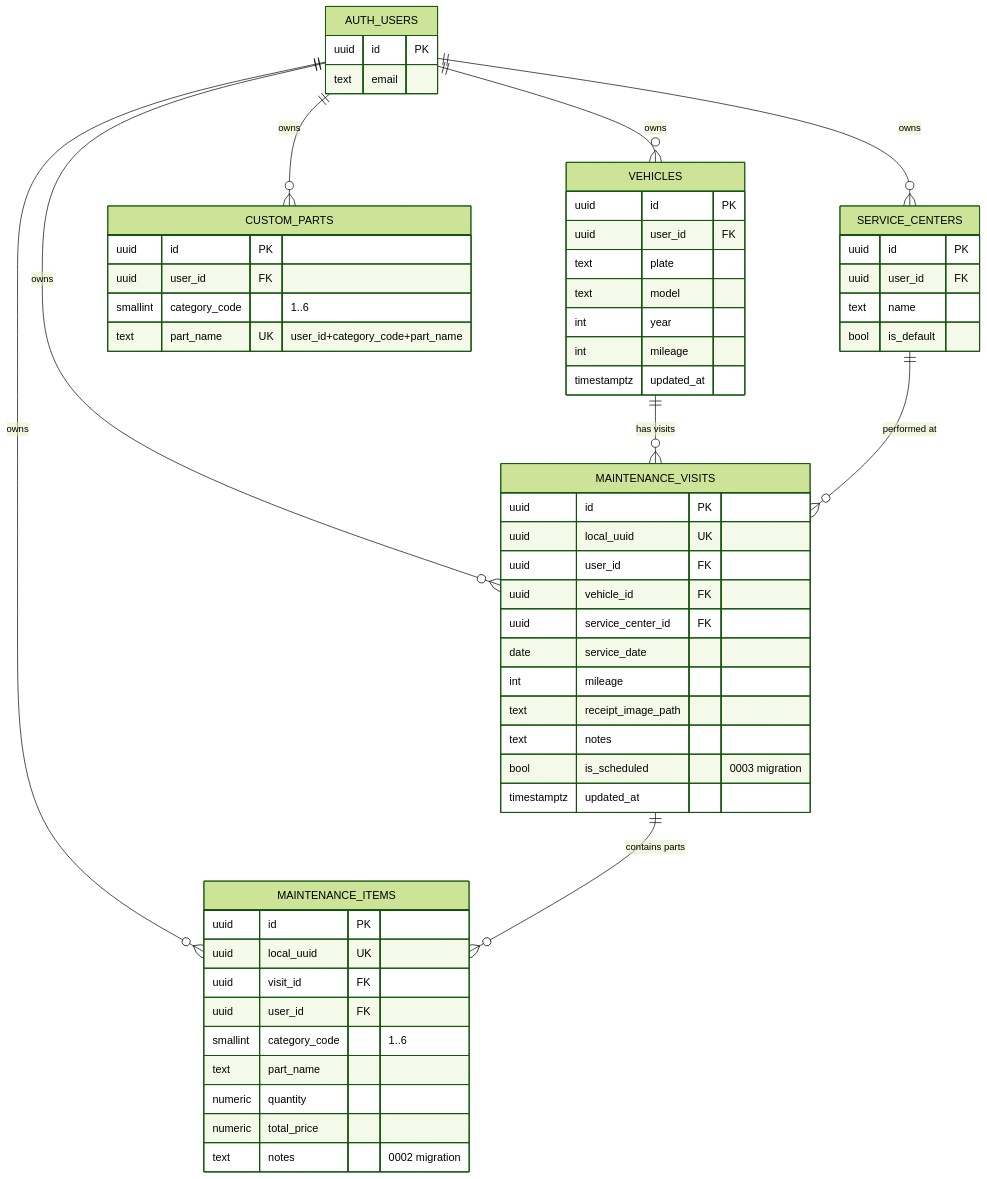
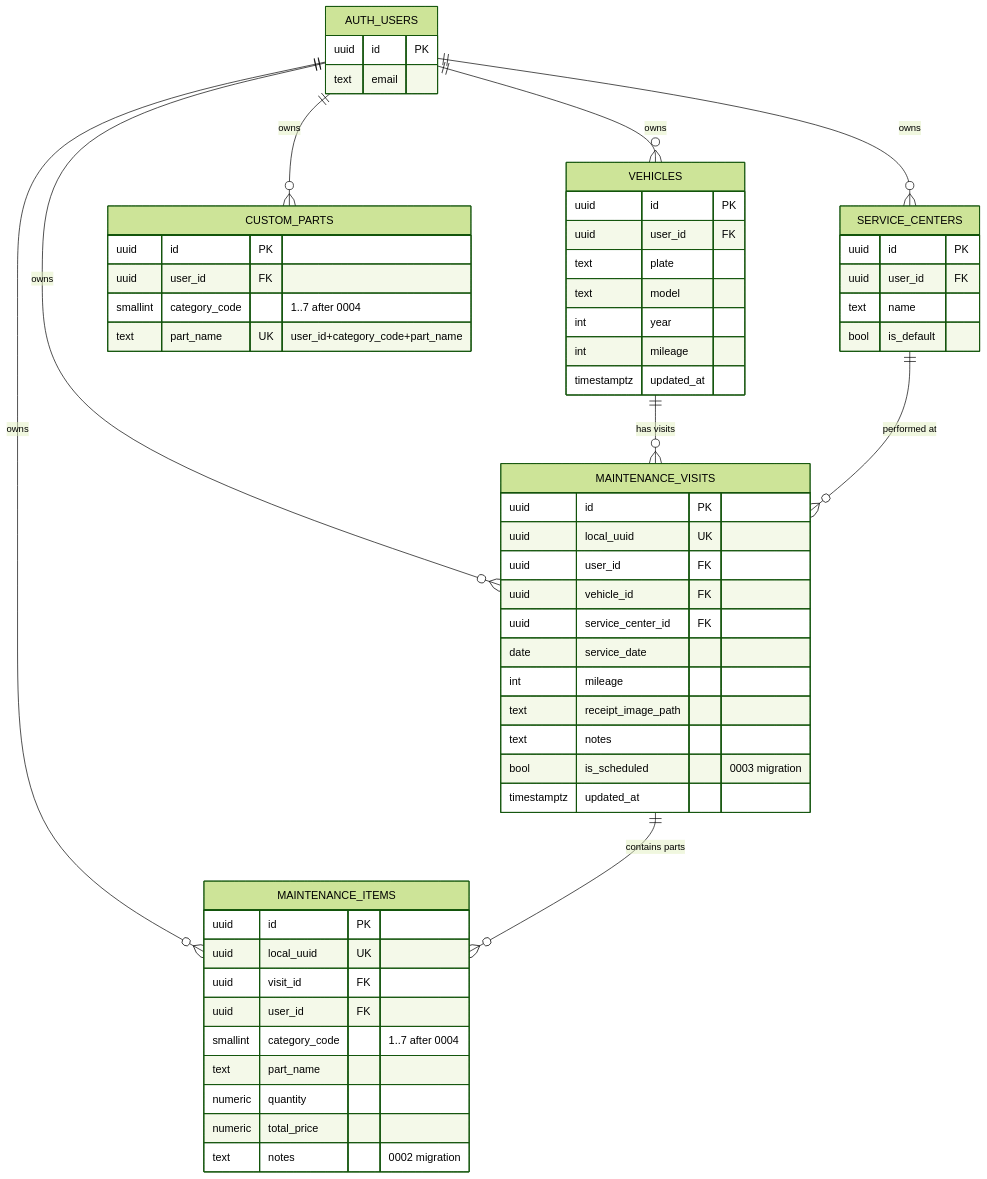
One commit to DoctorKS/Car_maintainace changed the second of 6 diagrams in README.md. Above: the diagram before and after it, drawn with Mermaid (forest theme). The commit also changed other lines of this file and 1 other file, not shown here.

````diff
--- a/README.md
+++ b/README.md
@@ -121,62 +145,62 @@
 ```mermaid
 erDiagram
     AUTH_USERS ||--o{ VEHICLES : owns
     AUTH_USERS ||--o{ SERVICE_CENTERS : owns
     AUTH_USERS ||--o{ MAINTENANCE_VISITS : owns
     AUTH_USERS ||--o{ MAINTENANCE_ITEMS : owns
     AUTH_USERS ||--o{ CUSTOM_PARTS : owns
     VEHICLES ||--o{ MAINTENANCE_VISITS : "has visits"
     SERVICE_CENTERS ||--o{ MAINTENANCE_VISITS : "performed at"
     MAINTENANCE_VISITS ||--o{ MAINTENANCE_ITEMS : "contains parts"
 
     AUTH_USERS {
         uuid id PK
         text email
     }
     VEHICLES {
         uuid id PK
         uuid user_id FK
         text plate
         text model
         int year
         int mileage
         timestamptz updated_at
     }
     SERVICE_CENTERS {
         uuid id PK
         uuid user_id FK
         text name
         bool is_default
     }
     MAINTENANCE_VISITS {
         uuid id PK
         uuid local_uuid UK
         uuid user_id FK
         uuid vehicle_id FK
         uuid service_center_id FK
         date service_date
         int mileage
         text receipt_image_path
         text notes
         bool is_scheduled "0003 migration"
         timestamptz updated_at
     }
     MAINTENANCE_ITEMS {
         uuid id PK
         uuid local_uuid UK
         uuid visit_id FK
         uuid user_id FK
-        smallint category_code "1..6"
+        smallint category_code "1..7 after 0004"
         text part_name
         numeric quantity
         numeric total_price
         text notes "0002 migration"
     }
     CUSTOM_PARTS {
         uuid id PK
         uuid user_id FK
-        smallint category_code "1..6"
+        smallint category_code "1..7 after 0004"
         text part_name
         UK "user_id+category_code+part_name"
     }
 ```
````
